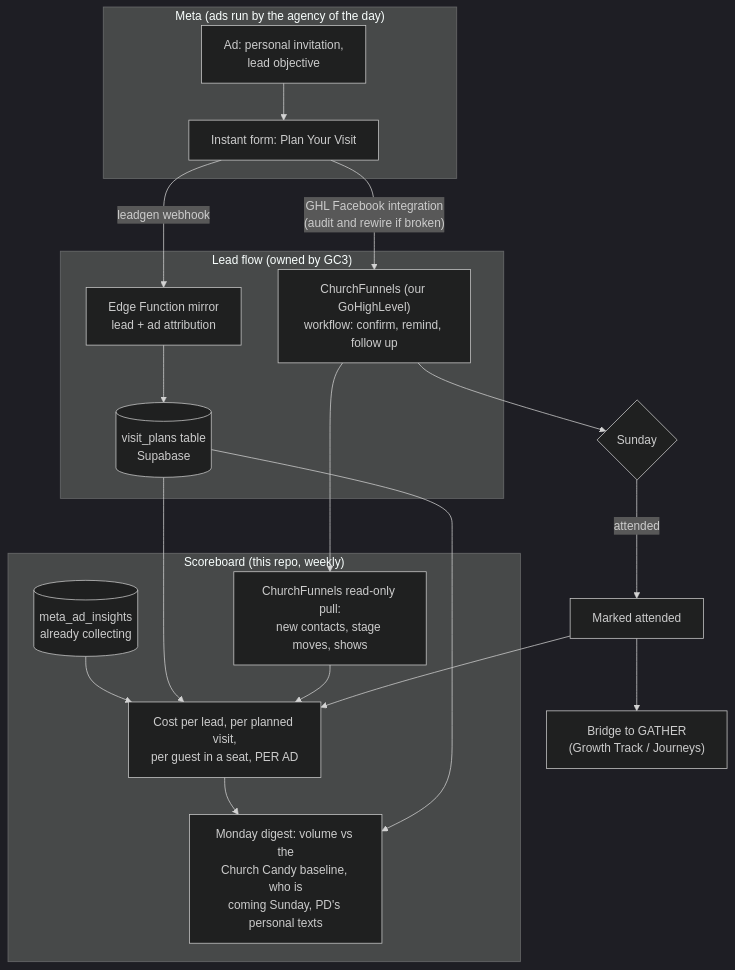
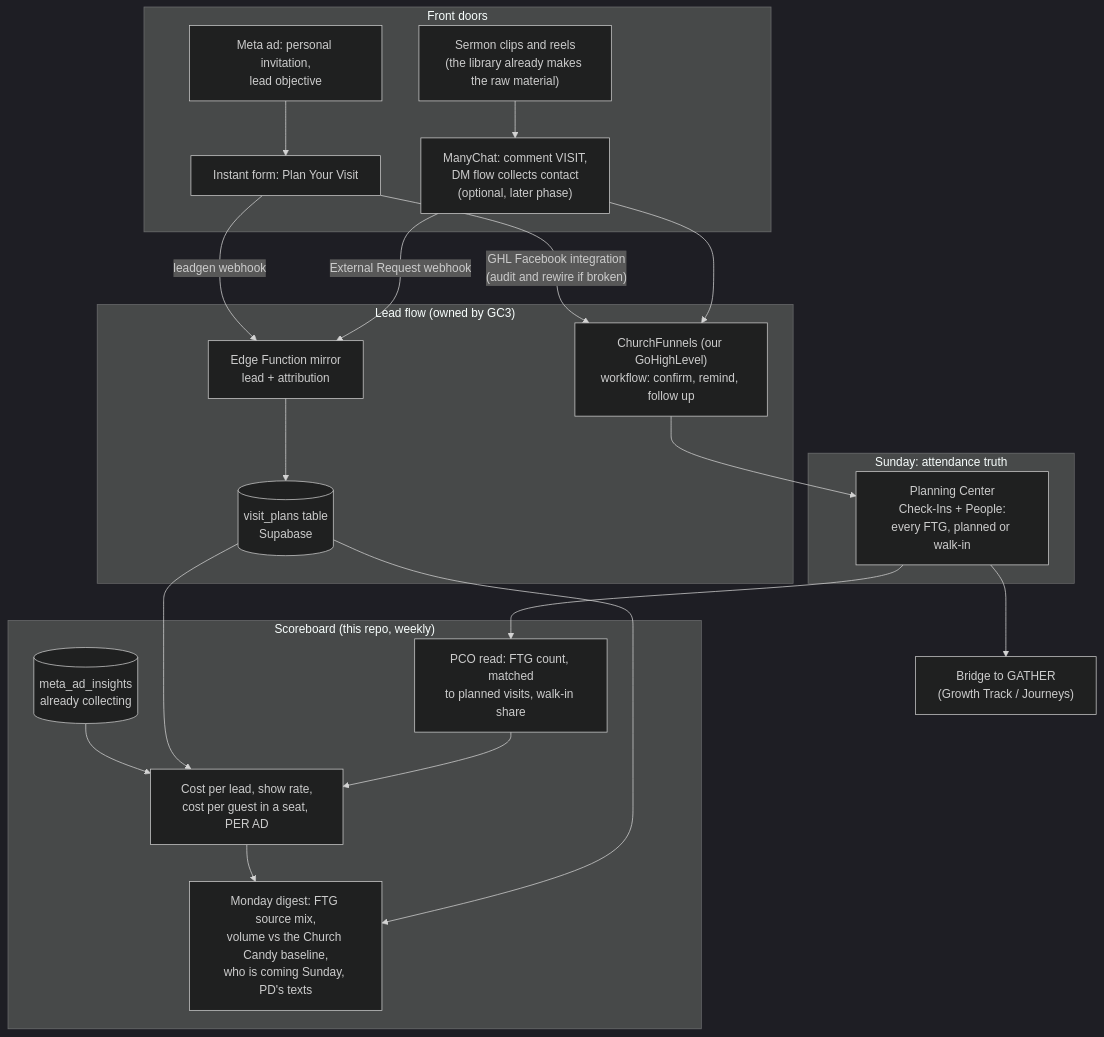
The diagram in docs/visit-module-plan.md (dontebee/gc3-sermon-library), drawn with Mermaid (dark theme) before and after one commit. The commit also changed other lines of this file, not shown here.

First line of the commit message:
Visit plan: Planning Center closes the attendance loop; ManyChat as a later front door

````diff
--- a/docs/visit-module-plan.md
+++ b/docs/visit-module-plan.md
@@ -87,34 +94,42 @@
 ```mermaid
 flowchart TD
-    subgraph META ["Meta (ads run by the agency of the day)"]
-        A["Ad: personal invitation,<br/>lead objective"]
+    subgraph DOORS ["Front doors"]
+        A["Meta ad: personal invitation,<br/>lead objective"]
         B["Instant form: Plan Your Visit"]
+        R["Sermon clips and reels<br/>(the library already makes the raw material)"]
+        M["ManyChat: comment VISIT,<br/>DM flow collects contact<br/>(optional, later phase)"]
         A --> B
+        R --> M
     end
 
     subgraph FLOW ["Lead flow (owned by GC3)"]
         C["ChurchFunnels (our GoHighLevel)<br/>workflow: confirm, remind, follow up"]
-        D["Edge Function mirror<br/>lead + ad attribution"]
+        D["Edge Function mirror<br/>lead + attribution"]
         E[("visit_plans table<br/>Supabase")]
         B -- "GHL Facebook integration<br/>(audit and rewire if broken)" --> C
         B -- "leadgen webhook" --> D
+        M -- "External Request webhook" --> D
+        M --> C
         D --> E
+    end
+
+    subgraph SUNDAY ["Sunday: attendance truth"]
+        P["Planning Center<br/>Check-Ins + People:<br/>every FTG, planned or walk-in"]
     end
 
     subgraph MEASURE ["Scoreboard (this repo, weekly)"]
         F[("meta_ad_insights<br/>already collecting")]
-        G["ChurchFunnels read-only pull:<br/>new contacts, stage moves, shows"]
-        H["Cost per lead, per planned visit,<br/>per guest in a seat, PER AD"]
-        I["Monday digest: volume vs the<br/>Church Candy baseline, who is<br/>coming Sunday, PD's personal texts"]
+        G["PCO read: FTG count, matched<br/>to planned visits, walk-in share"]
+        H["Cost per lead, show rate,<br/>cost per guest in a seat, PER AD"]
+        I["Monday digest: FTG source mix,<br/>volume vs the Church Candy baseline,<br/>who is coming Sunday, PD's texts"]
+        P --> G
         F --> H
         E --> H
-        C --> G
         G --> H
         H --> I
         E --> I
     end
 
-    C --> J{"Sunday"}
-    J -- "attended" --> K["Marked attended"] --> L["Bridge to GATHER<br/>(Growth Track / Journeys)"]
-    K --> H
+    C --> P
+    P --> L["Bridge to GATHER<br/>(Growth Track / Journeys)"]
 ```
````
